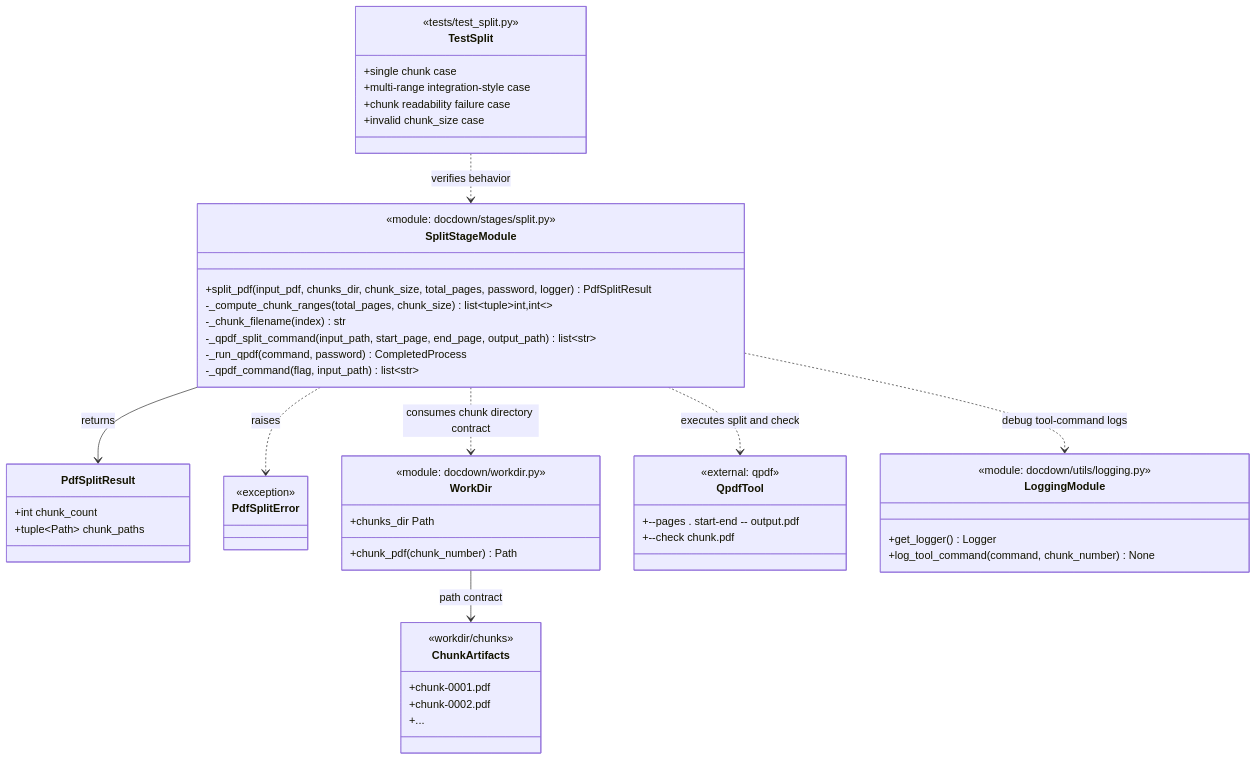
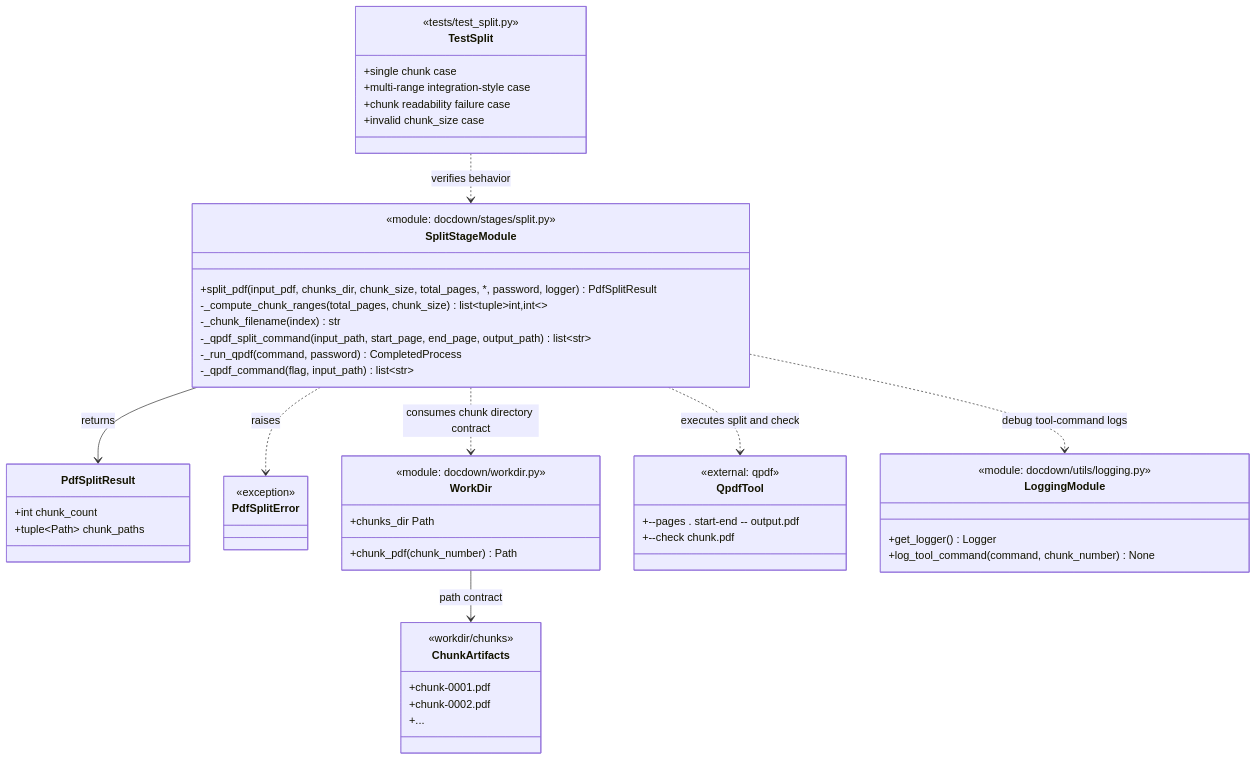
One commit to Frank-Yong/DocDown changed the diagram in docs/plan/task-2.2-chunk-splitting.md. Above: the diagram before and after it, drawn with Mermaid.

Commit message:
Update split_pdf signature to use keyword-only argument for password

````diff
--- a/docs/plan/task-2.2-chunk-splitting.md
+++ b/docs/plan/task-2.2-chunk-splitting.md
@@ -55,62 +55,62 @@
 ```mermaid
 classDiagram
     class PdfSplitResult {
         +int chunk_count
         +tuple~Path~ chunk_paths
     }
 
     class PdfSplitError {
         <<exception>>
     }
 
     class SplitStageModule {
         <<module: docdown/stages/split.py>>
-        +split_pdf(input_pdf, chunks_dir, chunk_size, total_pages, password, logger) PdfSplitResult
+        +split_pdf(input_pdf, chunks_dir, chunk_size, total_pages, *, password, logger) PdfSplitResult
         -_compute_chunk_ranges(total_pages, chunk_size) list~tuple~int,int~~
         -_chunk_filename(index) str
         -_qpdf_split_command(input_path, start_page, end_page, output_path) list~str~
         -_run_qpdf(command, password) CompletedProcess
         -_qpdf_command(flag, input_path) list~str~
     }
 
     class WorkDir {
         <<module: docdown/workdir.py>>
         +chunk_pdf(chunk_number) Path
         +chunks_dir Path
     }
 
     class QpdfTool {
         <<external: qpdf>>
         +--pages . start-end -- output.pdf
         +--check chunk.pdf
     }
 
     class ChunkArtifacts {
         <<workdir/chunks>>
         +chunk-0001.pdf
         +chunk-0002.pdf
         +...
     }
 
     class LoggingModule {
         <<module: docdown/utils/logging.py>>
         +get_logger() Logger
         +log_tool_command(command, chunk_number) None
     }
 
     class TestSplit {
         <<tests/test_split.py>>
         +single chunk case
         +multi-range integration-style case
         +chunk readability failure case
         +invalid chunk_size case
     }
 
     SplitStageModule --> PdfSplitResult : returns
     SplitStageModule ..> PdfSplitError : raises
     SplitStageModule ..> QpdfTool : executes split and check
     SplitStageModule ..> LoggingModule : debug tool-command logs
     SplitStageModule ..> WorkDir : consumes chunk directory contract
     WorkDir --> ChunkArtifacts : path contract
     TestSplit ..> SplitStageModule : verifies behavior
 ```
````
